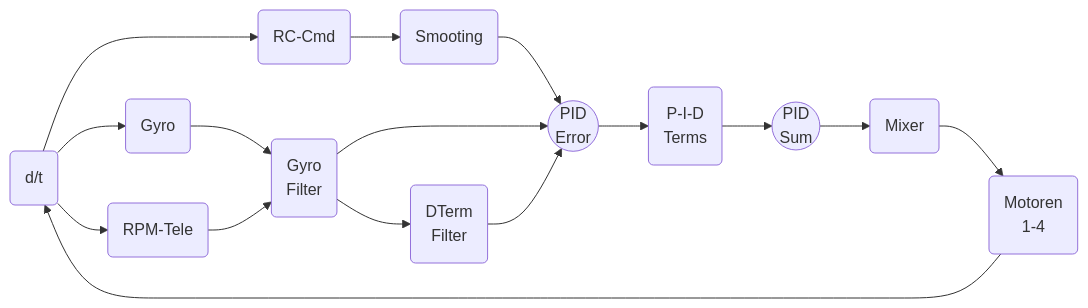
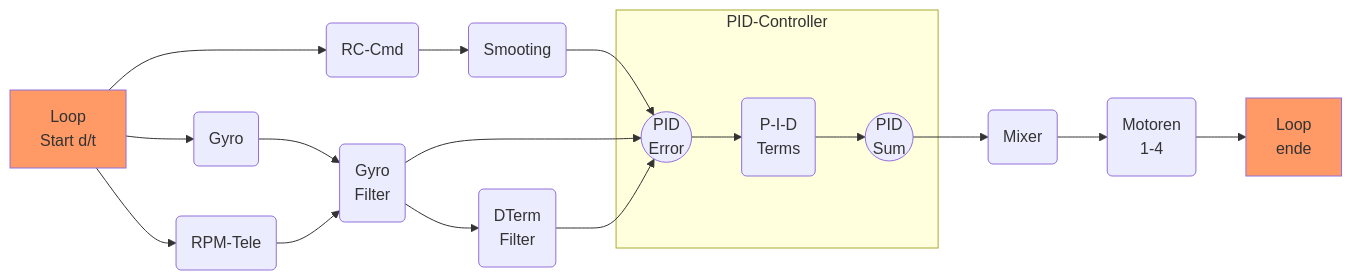
The diagram in docs/bf_pid_controller.md (mrRobot62/lunax.betaflight.doc), drawn with Mermaid before and after one commit. The commit also changed other lines of this file and 43 other files, not shown here.

````diff
--- a/docs/bf_pid_controller.md
+++ b/docs/bf_pid_controller.md
@@ -38,24 +38,34 @@
 ```mermaid
-flowchart LR
-	loop(d/t)
+graph LR
+	classDef LP fill:#f96
+
+	
+	ls[Loop<br>Start d/t]:::LP
+	le[Loop<br>ende]:::LP
 	RC(RC-Cmd)
 	RPM(RPM-Tele)
 	GY(Gyro)
 	GF(Gyro<br>Filter)
 	DT(DTerm<br>Filter)
 	MIX(Mixer)
 	MOT(Motoren<br>1-4)	
 	SM(Smooting)
 	PERR((PID<br>Error))
 	PSUM((PID<br>Sum))
 	PID(P-I-D<br>Terms)
-	loop --> RPM & RC & GY
-	RC --> SM --> PERR --> PID
+
+	
+	ls--> RPM & RC & GY
+	RC --> SM --> PERR
 	GY --> GF --> DT
 	RPM --> GF
 	GF & DT --> PERR
-	PID --> PSUM --> MIX
+	
+	subgraph PIDCTRL [PID-Controller]
+		PERR --> PID --> PSUM 
+	end
+	PSUM --> MIX
 	MIX --> MOT
-	MOT --> loop
+	MOT --> le
 	
 ```
````
